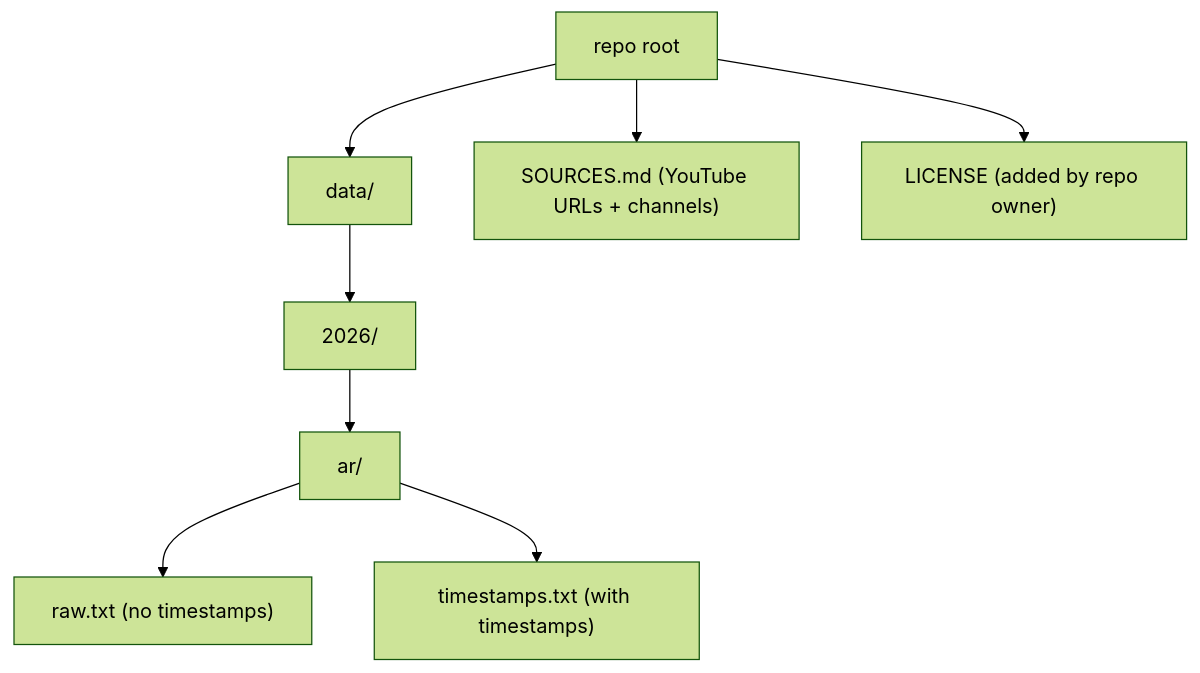
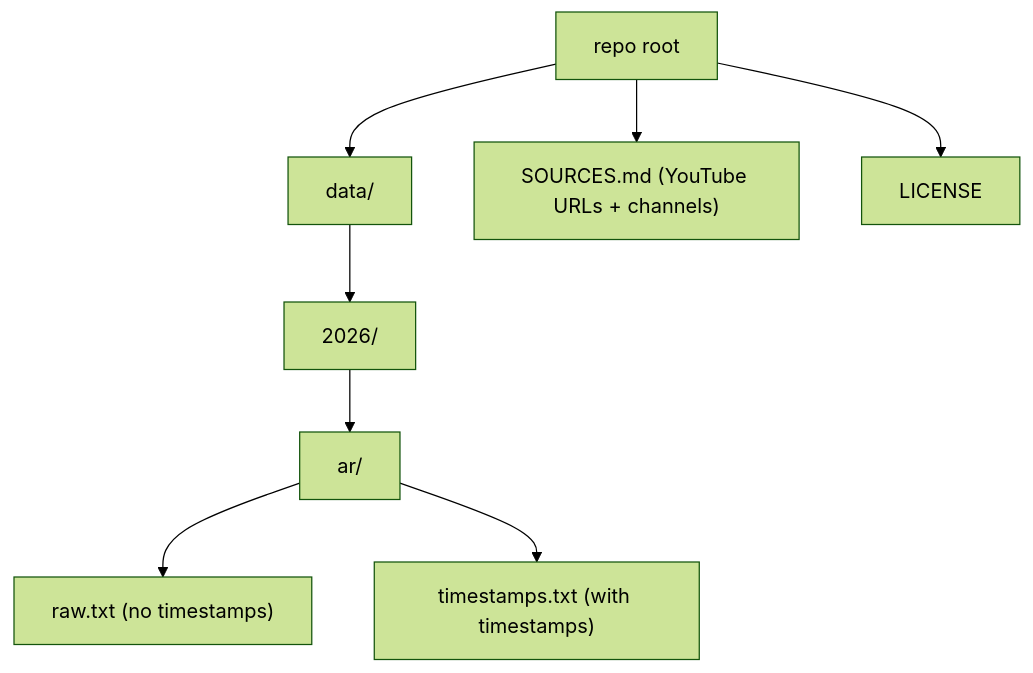
The diagram in README.md (siddqamar/arafah-khutbah-2026), drawn with Mermaid (forest theme) before and after one commit. The commit also changed other lines of this file, not shown here.

````diff
--- a/README.md
+++ b/README.md
@@ -7,10 +15,10 @@
 ```mermaid
 flowchart TD
   R["repo root"] --> D["data/"]
   D --> Y["2026/"]
   Y --> L["ar/"]
   L --> RAW["raw.txt (no timestamps)"]
   L --> TS["timestamps.txt (with timestamps)"]
   R --> S["SOURCES.md (YouTube URLs + channels)"]
-  R --> LIC["LICENSE (added by repo owner)"]
+  R --> LIC["LICENSE"]
 ```
````
